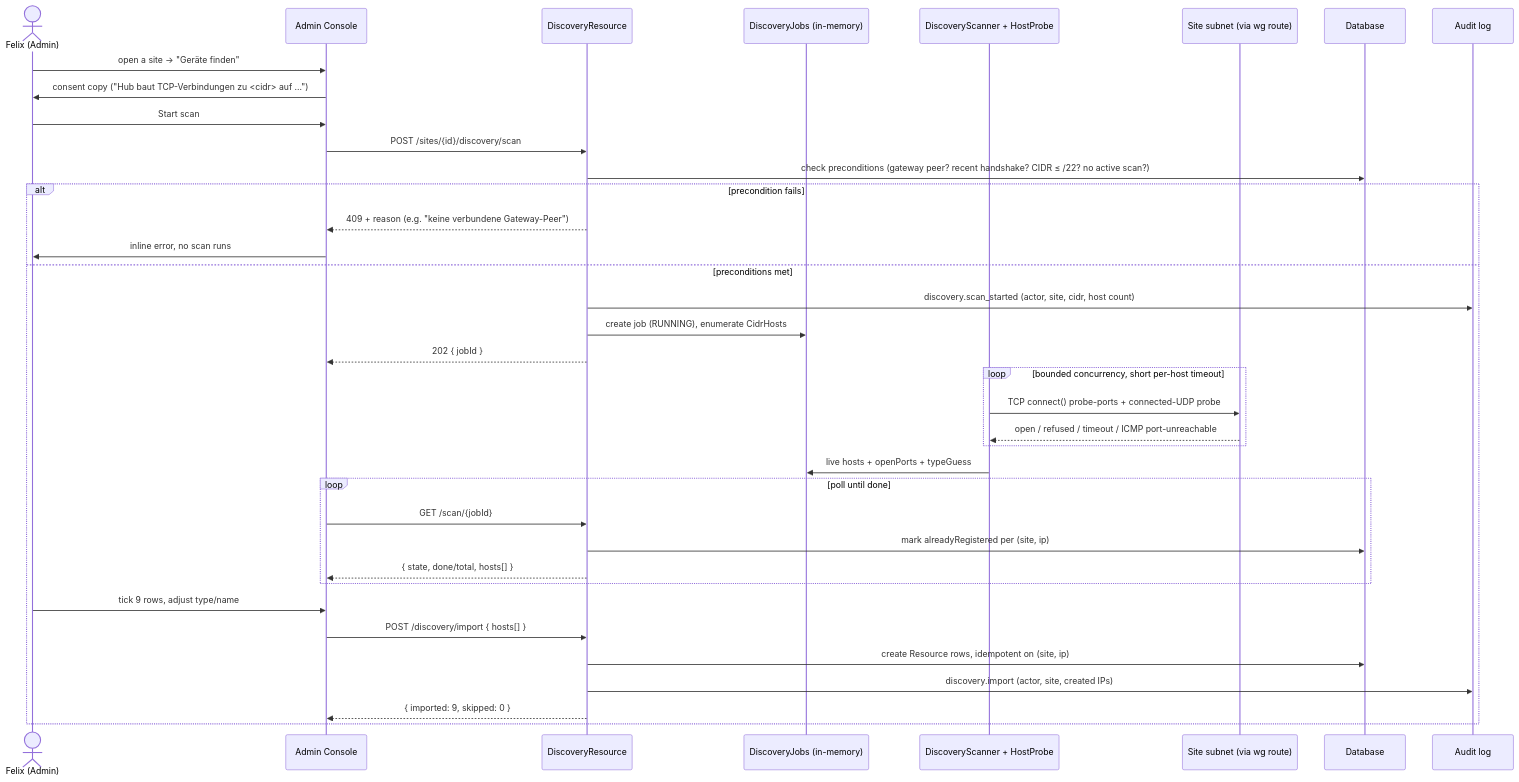
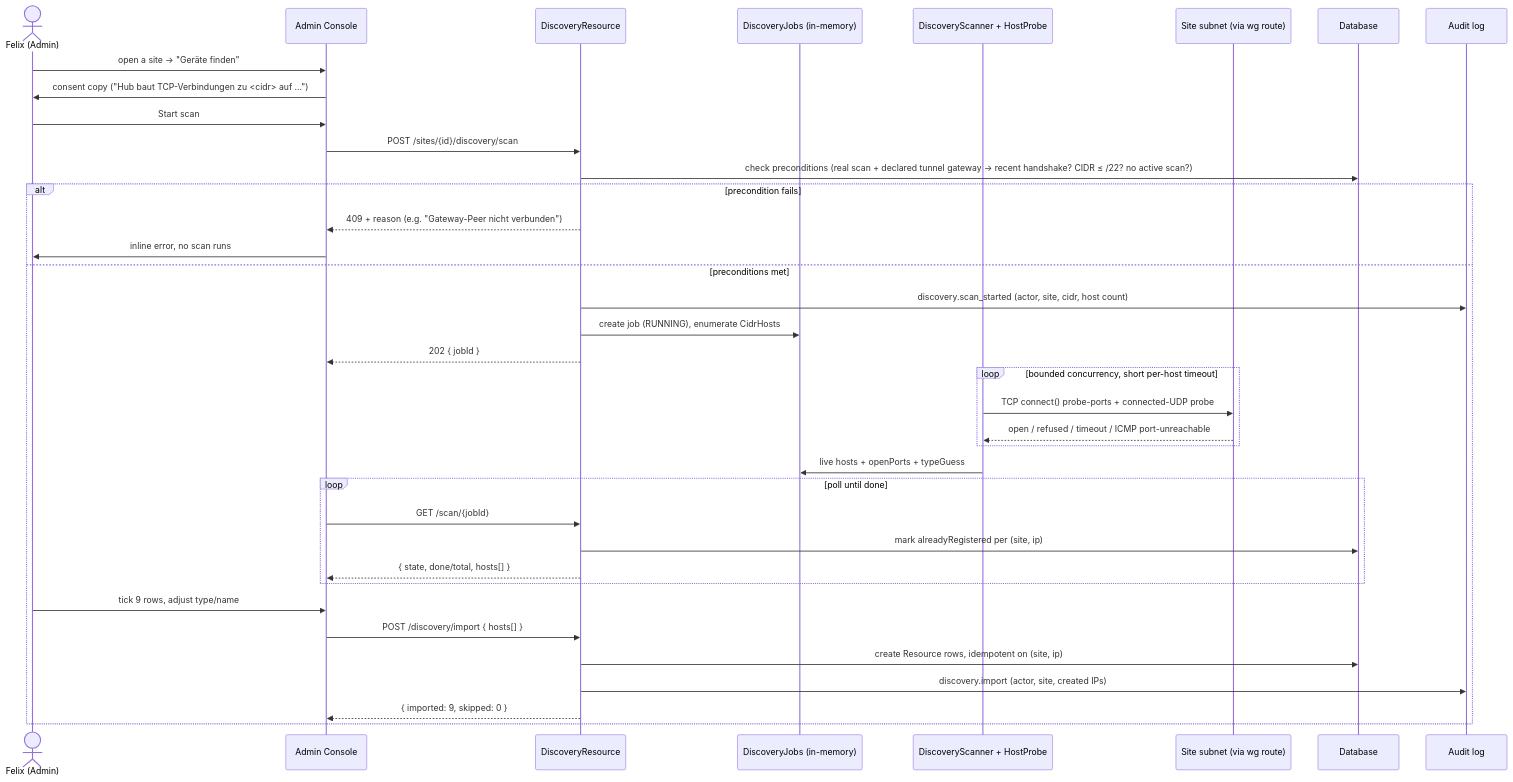
The fifth of 5 diagrams in docs/arc42/06-runtime-view.md (chriscohnen/islandr), drawn with Mermaid before and after one commit. The commit also changed other lines of this file and 10 other files, not shown here.

````diff
--- a/docs/arc42/06-runtime-view.md
+++ b/docs/arc42/06-runtime-view.md
@@ -176,40 +176,40 @@
 ```mermaid
 sequenceDiagram
     actor Fx as Felix (Admin)
     participant GUI as Admin Console
     participant API as DiscoveryResource
     participant JOB as DiscoveryJobs (in-memory)
     participant SC as DiscoveryScanner + HostProbe
     participant SITE as Site subnet (via wg route)
     participant DB as Database
     participant AUD as Audit log
 
     Fx->>GUI: open a site → "Geräte finden"
     GUI->>Fx: consent copy ("Hub baut TCP-Verbindungen zu <cidr> auf …")
     Fx->>GUI: Start scan
     GUI->>API: POST /sites/{id}/discovery/scan
-    API->>DB: check preconditions (gateway peer? recent handshake? CIDR ≤ /22? no active scan?)
+    API->>DB: check preconditions (real scan + declared tunnel gateway → recent handshake? CIDR ≤ /22? no active scan?)
     alt precondition fails
-        API-->>GUI: 409 + reason (e.g. "keine verbundene Gateway-Peer")
+        API-->>GUI: 409 + reason (e.g. "Gateway-Peer nicht verbunden")
         GUI->>Fx: inline error, no scan runs
     else preconditions met
         API->>AUD: discovery.scan_started (actor, site, cidr, host count)
         API->>JOB: create job (RUNNING), enumerate CidrHosts
         API-->>GUI: 202 { jobId }
         loop bounded concurrency, short per-host timeout
             SC->>SITE: TCP connect() probe-ports + connected-UDP probe
             SITE-->>SC: open / refused / timeout / ICMP port-unreachable
         end
         SC->>JOB: live hosts + openPorts + typeGuess
         loop poll until done
             GUI->>API: GET /scan/{jobId}
             API->>DB: mark alreadyRegistered per (site, ip)
             API-->>GUI: { state, done/total, hosts[] }
         end
         Fx->>GUI: tick 9 rows, adjust type/name
         GUI->>API: POST /discovery/import { hosts[] }
         API->>DB: create Resource rows, idempotent on (site, ip)
         API->>AUD: discovery.import (actor, site, created IPs)
         API-->>GUI: { imported: 9, skipped: 0 }
     end
 ```
````
